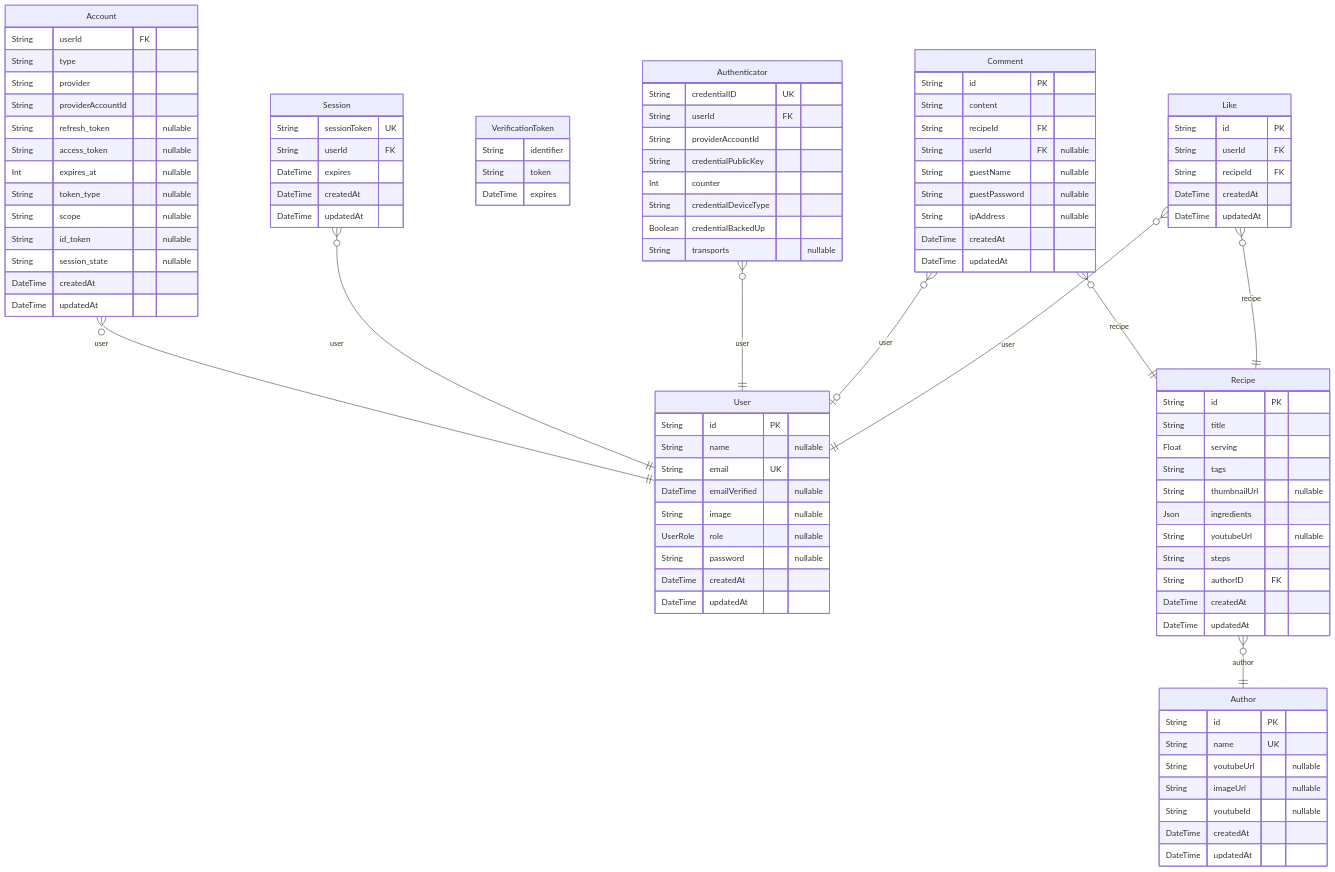
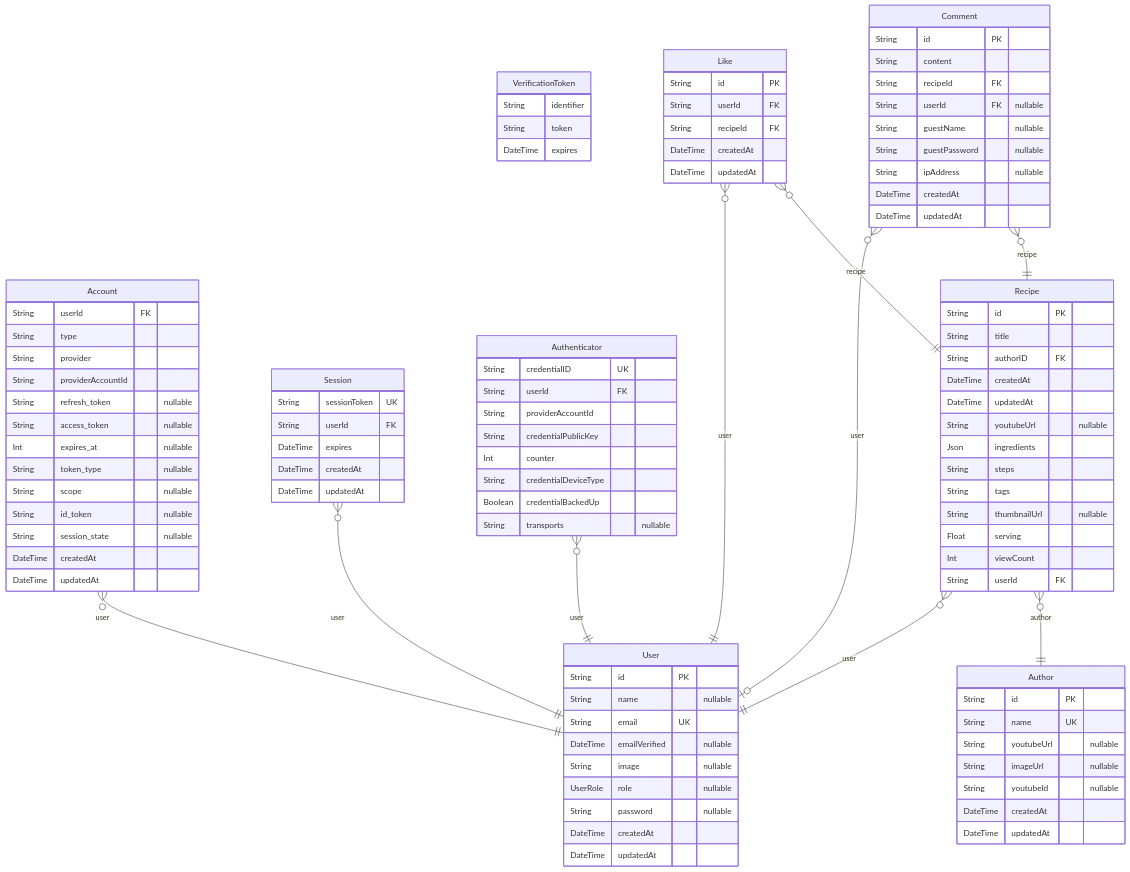
Before and after one commit to jinhwansuh/recipe: the diagram in ERD.md, drawn with Mermaid. The commit also changed other lines of this file and 23 other files, not shown here.

First line of the commit message:
feature: view count 칼럼 생성, 디자인 변경 (#15)

```diff
--- a/ERD.md
+++ b/ERD.md
@@ -57,15 +57,17 @@
 "Recipe" {
   String id PK
   String title
-  Float serving
-  String tags
-  String thumbnailUrl "nullable"
-  Json ingredients
-  String youtubeUrl "nullable"
-  String steps
   String authorID FK
   DateTime createdAt
   DateTime updatedAt
+  String youtubeUrl "nullable"
+  Json ingredients
+  String steps
+  String tags
+  String thumbnailUrl "nullable"
+  Float serving
+  Int viewCount
+  String userId FK
 }
 "Author" {
   String id PK
@@ -98,6 +100,7 @@
 "Session" }o--|| "User" : user
 "Authenticator" }o--|| "User" : user
 "Recipe" }o--|| "Author" : author
+"Recipe" }o--|| "User" : user
 "Comment" }o--|| "Recipe" : recipe
 "Comment" }o--o| "User" : user
 "Like" }o--|| "Recipe" : recipe
```
